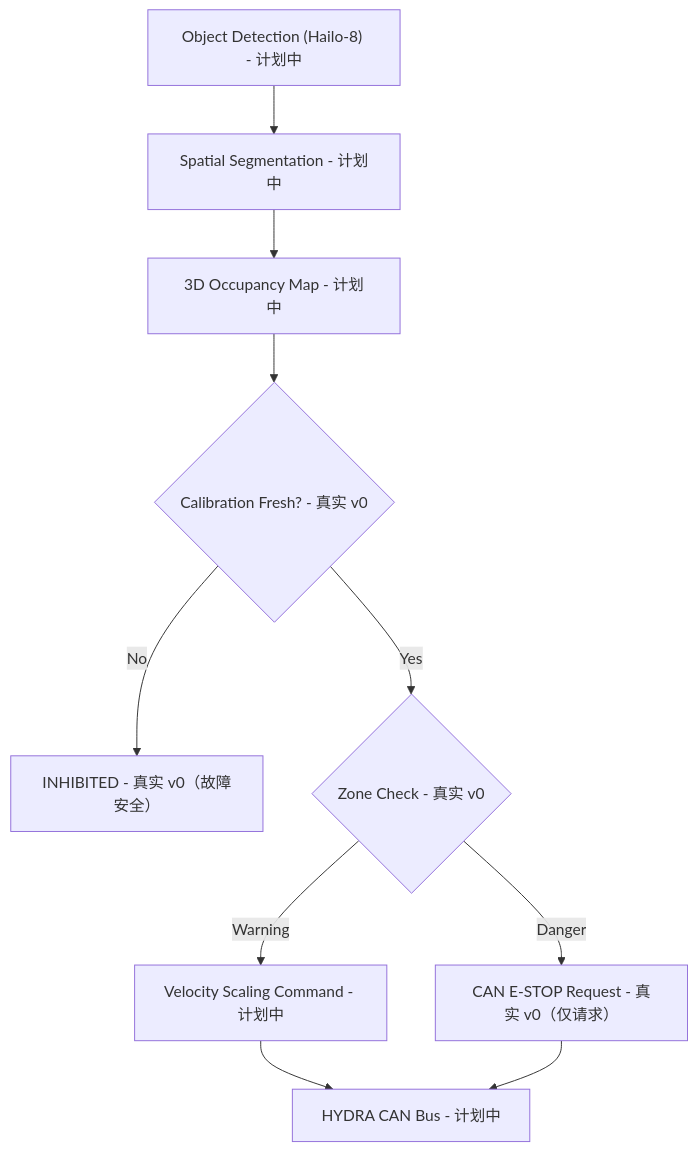
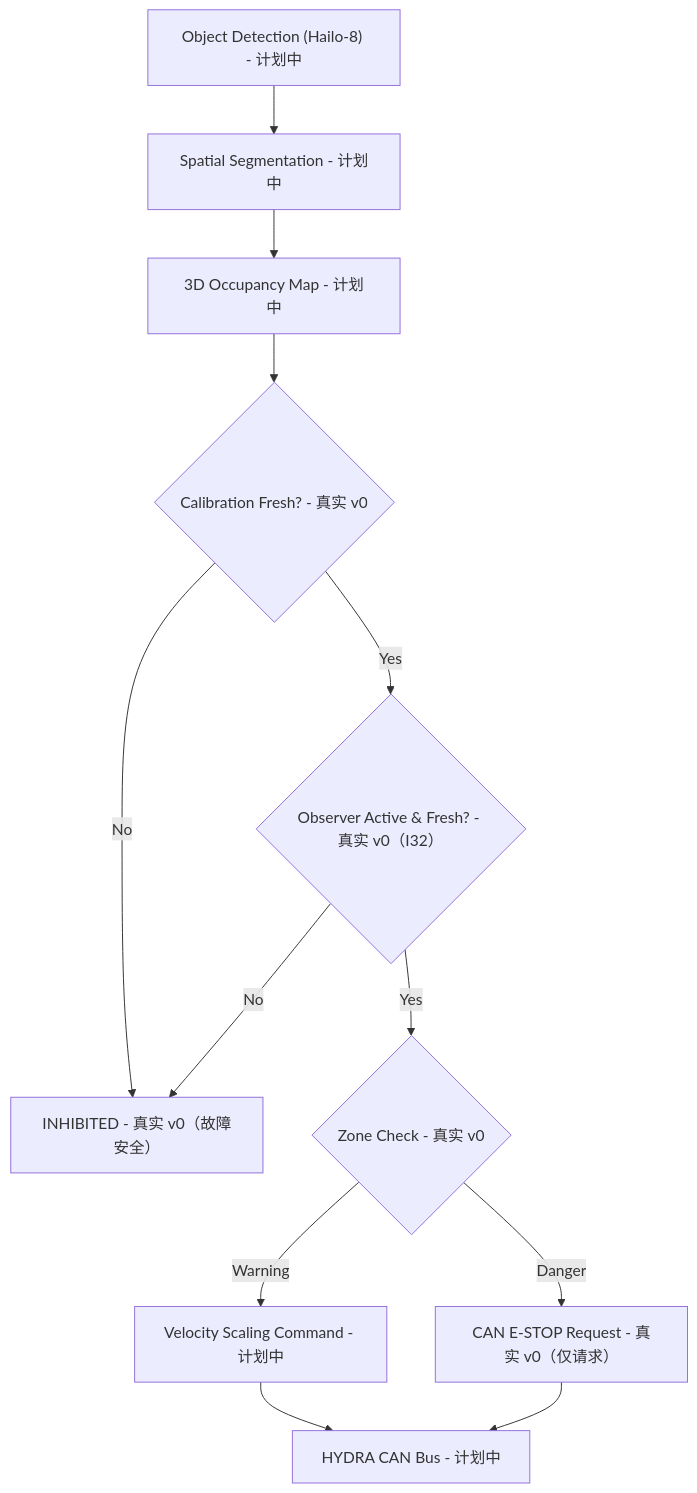
The diagram in README_zho.md (JuanenRac/HYDRA-UMC-SAFETY-ZONES), drawn with Mermaid before and after one commit. The commit also changed other lines of this file and 19 other files, not shown here.

````diff
--- a/README_zho.md
+++ b/README_zho.md
@@ -71,12 +76,14 @@
 ```mermaid
 flowchart TB
     DET["Object Detection (Hailo-8) - 计划中"] --> SEG["Spatial Segmentation - 计划中"]
     SEG --> MAP["3D Occupancy Map - 计划中"]
     MAP --> CAL{"Calibration Fresh? - 真实 v0"}
     CAL -- No --> INHIBIT["INHIBITED - 真实 v0（故障安全）"]
-    CAL -- Yes --> ZONE{"Zone Check - 真实 v0"}
+    CAL -- Yes --> OBS{"Observer Active & Fresh? - 真实 v0（I32）"}
+    OBS -- No --> INHIBIT
+    OBS -- Yes --> ZONE{"Zone Check - 真实 v0"}
     ZONE -- Warning --> SLOW["Velocity Scaling Command - 计划中"]
     ZONE -- Danger --> STOP["CAN E-STOP Request - 真实 v0（仅请求）"]
     SLOW --> CAN["HYDRA CAN Bus - 计划中"]
     STOP --> CAN
 ```
````
